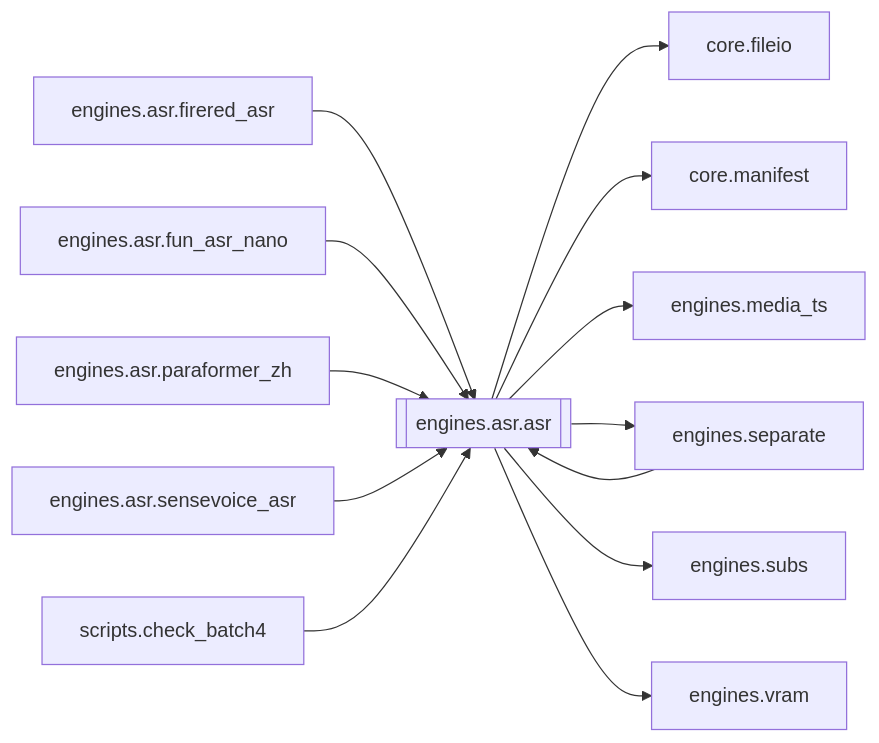
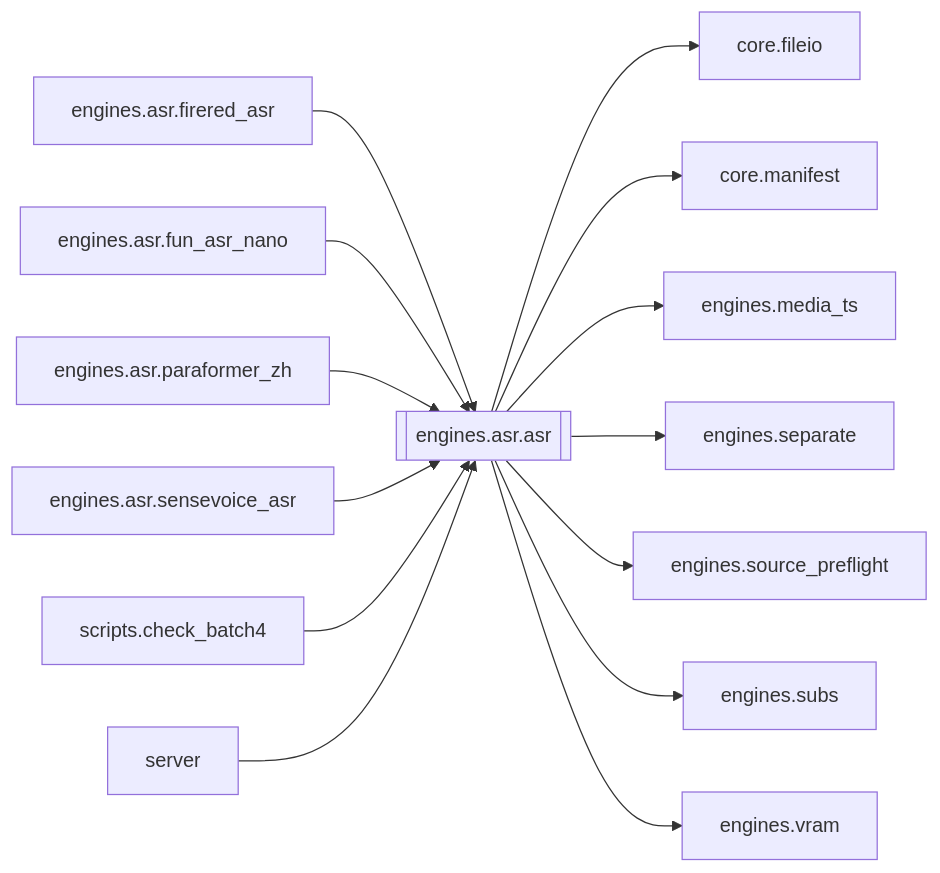
One commit to kjza178/PinelineV5 changed the diagram in docs/brain/modules/engines.asr.asr.md. Above: the diagram before and after it, drawn with Mermaid. The commit also changed other lines of this file and 227 other files, not shown here.

````diff
--- a/docs/brain/modules/engines.asr.asr.md
+++ b/docs/brain/modules/engines.asr.asr.md
@@ -18,16 +18,17 @@
 ```mermaid
 flowchart LR
   engines_asr_asr[[engines.asr.asr]]
   engines_asr_firered_asr[engines.asr.firered_asr] --> engines_asr_asr
   engines_asr_fun_asr_nano[engines.asr.fun_asr_nano] --> engines_asr_asr
   engines_asr_paraformer_zh[engines.asr.paraformer_zh] --> engines_asr_asr
   engines_asr_sensevoice_asr[engines.asr.sensevoice_asr] --> engines_asr_asr
-  engines_separate[engines.separate] --> engines_asr_asr
   scripts_check_batch4[scripts.check_batch4] --> engines_asr_asr
+  server[server] --> engines_asr_asr
   engines_asr_asr --> core_fileio[core.fileio]
   engines_asr_asr --> core_manifest[core.manifest]
   engines_asr_asr --> engines_media_ts[engines.media_ts]
   engines_asr_asr --> engines_separate[engines.separate]
+  engines_asr_asr --> engines_source_preflight[engines.source_preflight]
   engines_asr_asr --> engines_subs[engines.subs]
   engines_asr_asr --> engines_vram[engines.vram]
 ```
````
